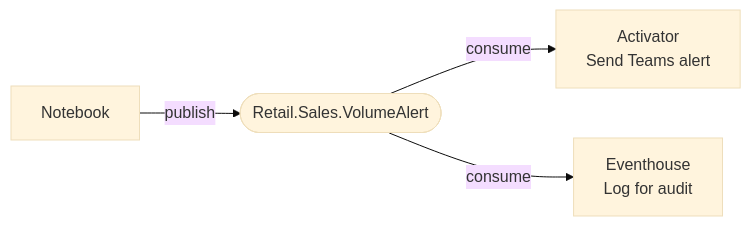
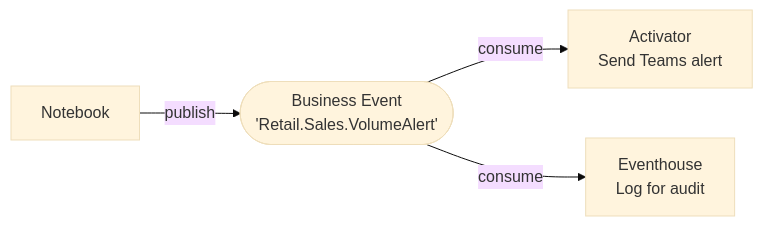
One commit to microsoft/fabric-events changed the third of 3 diagrams in docs/business-events/introduction/architecture-overview.md. Above: the diagram before and after it, drawn with Mermaid (base theme). The commit also changed other lines of this file and 9 other files, not shown here.

First line of the commit message:
Standardize Business Event diagram nodes across all articles

````diff
--- a/docs/business-events/introduction/architecture-overview.md
+++ b/docs/business-events/introduction/architecture-overview.md
@@ -82,6 +87,6 @@
 ```mermaid
 flowchart LR
-    NB[Notebook] -->|publish| BE([Retail.Sales.VolumeAlert])
+    NB[Notebook] -->|publish| BE([Business Event\n'Retail.Sales.VolumeAlert'])
     BE -->|consume| ACT[Activator\nSend Teams alert]
     BE -->|consume| EH[Eventhouse\nLog for audit]
 ```
````
